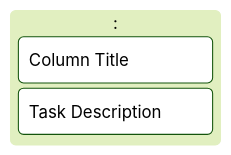
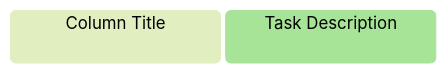
The second of 2 diagrams in sankey_test.md (morinlab/lymphopedia), drawn with Mermaid (forest theme) before and after one commit.

````diff
--- a/sankey_test.md
+++ b/sankey_test.md
@@ -21,5 +21,5 @@
 ```mermaid
-kanban:
-  column1[Column Title]
-    task1[Task Description]
+kanban
+column1[Column Title]
+task1[Task Description]
 ```
````
